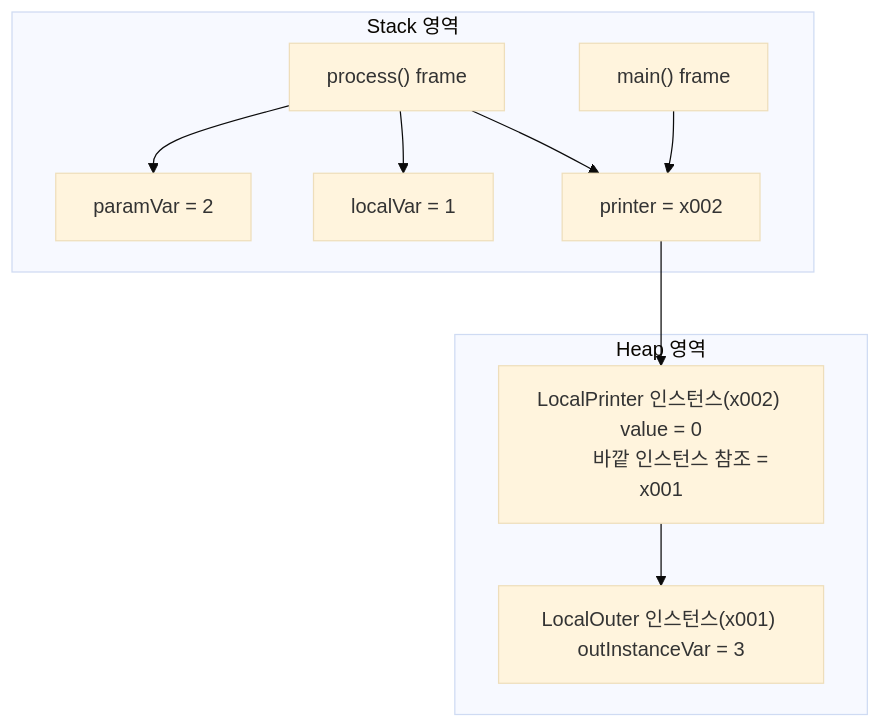
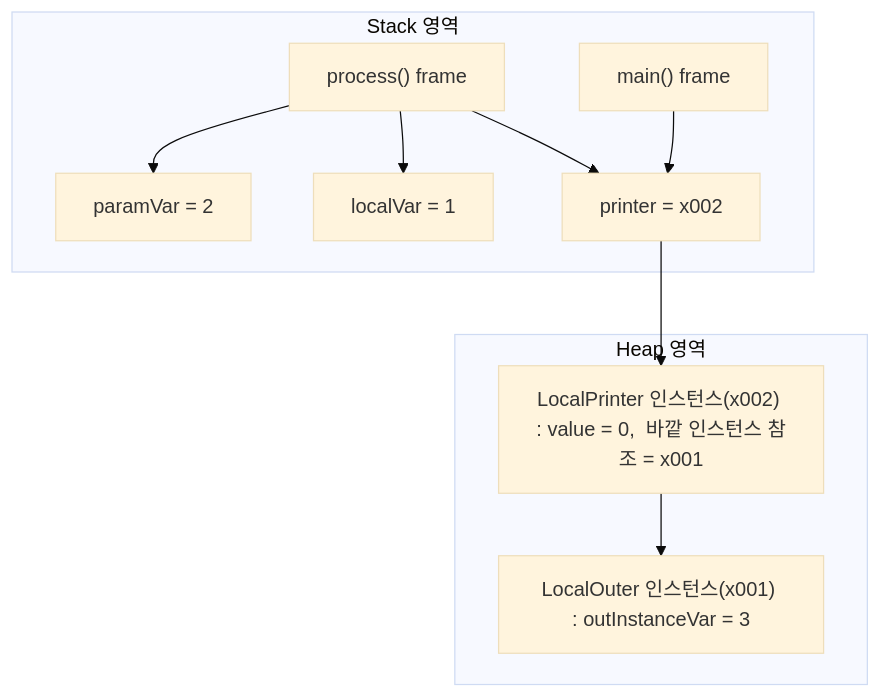
The first of 5 diagrams in 03.중급-1/08-02-중첩_클래스_내부 클래스.md (xmlbuilder/JavaTutorial), drawn with Mermaid (base theme) before and after one commit.

Commit message:
Refine formatting in nested class documentation

````diff
--- a/03.중급-1/08-02-중첩_클래스_내부 클래스.md
+++ b/03.중급-1/08-02-중첩_클래스_내부 클래스.md
@@ -42,20 +42,19 @@
 ```mermaid
 graph TD
     subgraph Stack 영역
         mainFrame["main() frame"]
         processFrame["process() frame"]
         processFrame --> paramVar["paramVar = 2"]
         processFrame --> localVar["localVar = 1"]
         processFrame --> printerRef["printer = x002"]
     end
 
     subgraph Heap 영역
-        outerObj["LocalOuter 인스턴스(x001) outInstanceVar = 3"]
-        printerObj["LocalPrinter 인스턴스(x002) value = 0
-        바깥 인스턴스 참조 = x001"]
+        outerObj["LocalOuter 인스턴스(x001) : outInstanceVar = 3"]
+        printerObj["LocalPrinter 인스턴스(x002) : value = 0,  바깥 인스턴스 참조 = x001"]
         printerObj --> outerObj
     end
 
     mainFrame --> printerRef
     printerRef --> printerObj
 ```
````
